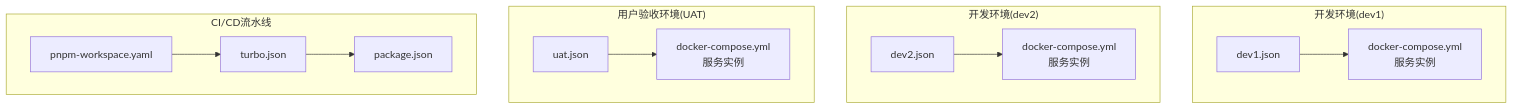
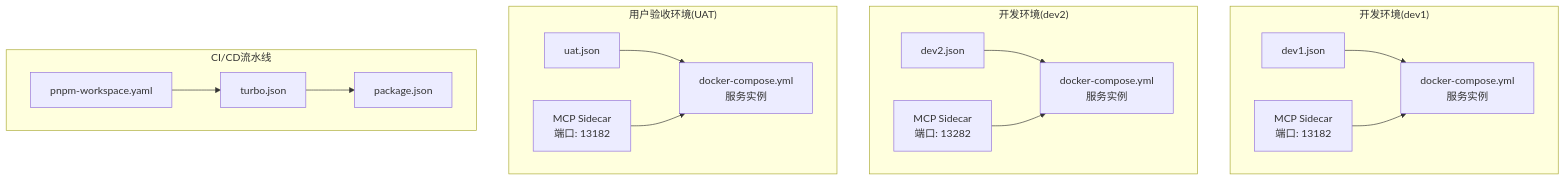
One commit to kai-cui1/ai-prototype-manager changed the second of 6 diagrams in .qoder/repowiki/zh/content/部署指南/部署指南.md. Above: the diagram before and after it, drawn with Mermaid. The commit also changed other lines of this file and 295 other files, not shown here.

````diff
--- a/.qoder/repowiki/zh/content/部署指南/部署指南.md
+++ b/.qoder/repowiki/zh/content/部署指南/部署指南.md
@@ -110,25 +122,31 @@
 ```mermaid
 graph TB
 subgraph "开发环境(dev1)"
 D1CFG["dev1.json"]
 D1DC["docker-compose.yml<br/>服务实例"]
+D1MCP["MCP Sidecar<br/>端口: 13182"]
 end
 subgraph "开发环境(dev2)"
 D2CFG["dev2.json"]
 D2DC["docker-compose.yml<br/>服务实例"]
+D2MCP["MCP Sidecar<br/>端口: 13282"]
 end
 subgraph "用户验收环境(UAT)"
 UATCFG["uat.json"]
 UATDC["docker-compose.yml<br/>服务实例"]
+UATMCP["MCP Sidecar<br/>端口: 13182"]
 end
 subgraph "CI/CD流水线"
 PNPM["pnpm-workspace.yaml"]
 TURBO["turbo.json"]
 PKG["package.json"]
 end
 D1CFG --> D1DC
 D2CFG --> D2DC
 UATCFG --> UATDC
+D1MCP --> D1DC
+D2MCP --> D2DC
+UATMCP --> UATDC
 PNPM --> TURBO
 TURBO --> PKG
 ```
````
